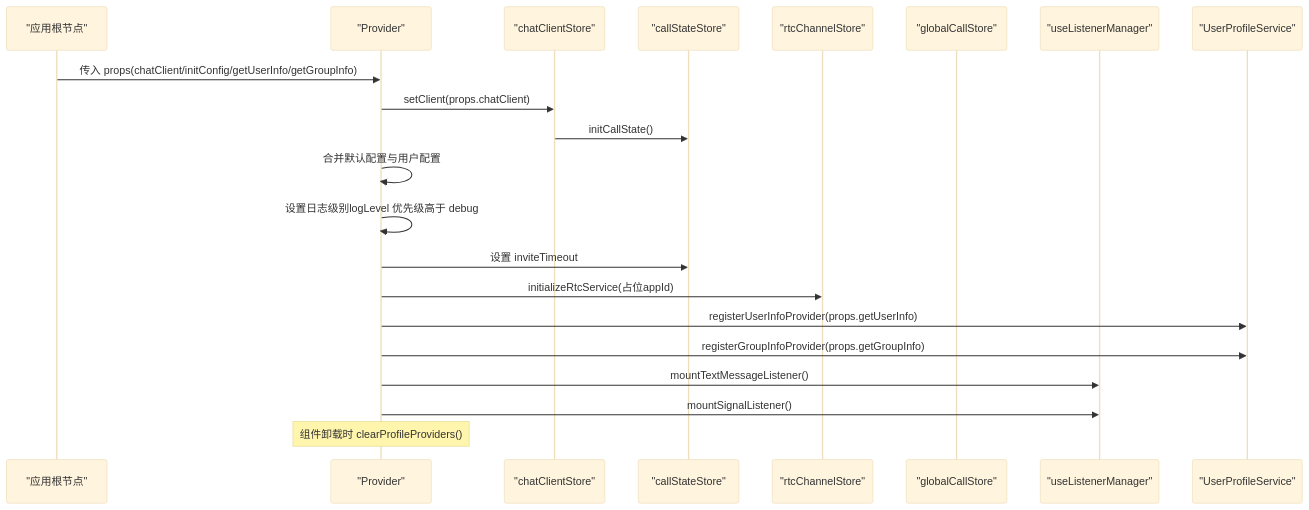
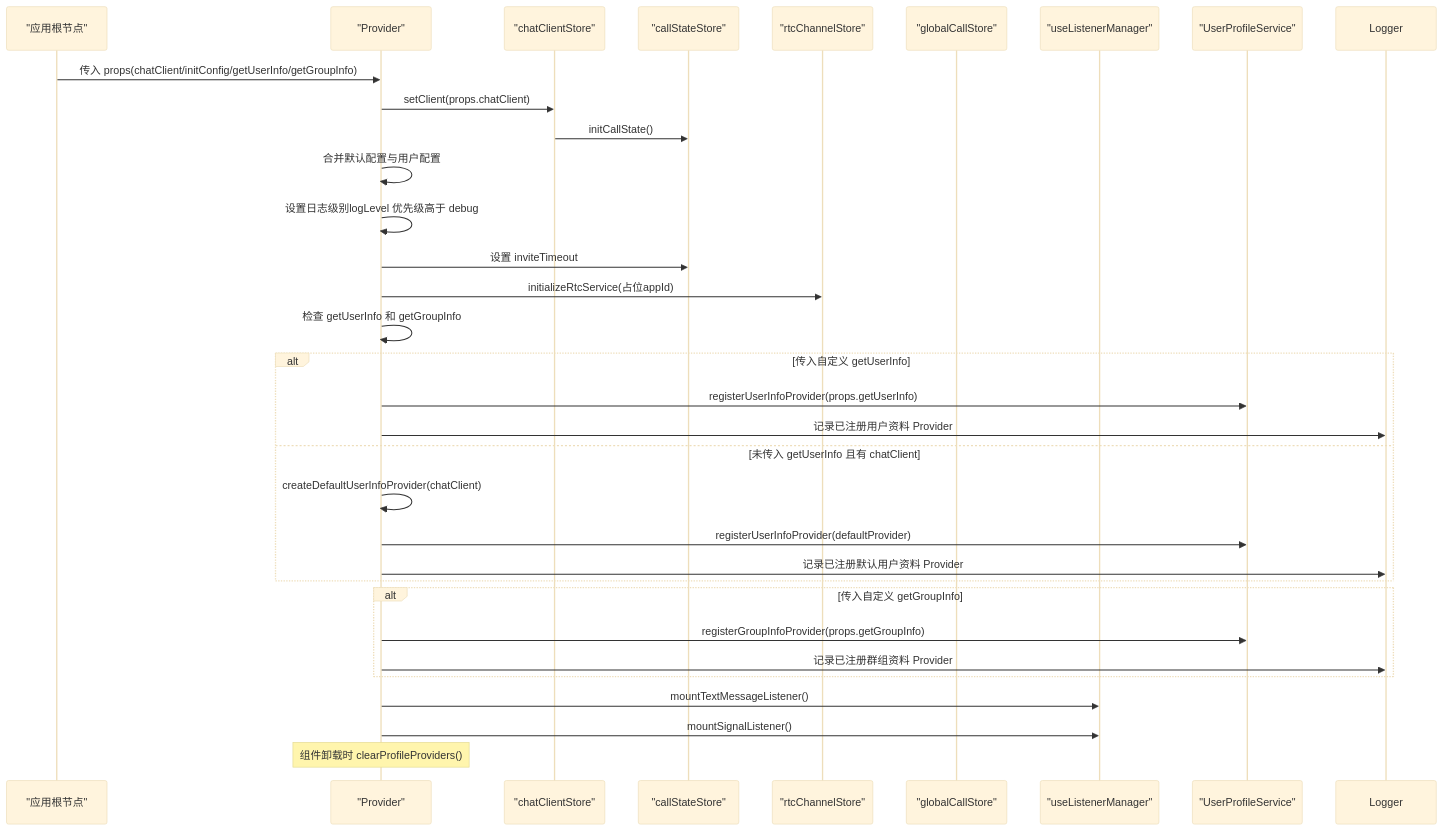
The fourth of 5 diagrams in .qoder/repowiki/zh/content/核心组件/Provider 组件.md (Easemob-Community/easemob-uikit-callkit-vue3), drawn with Mermaid (base theme) before and after one commit. The commit also changed other lines of this file and 12 other files, not shown here.

First line of the commit message:
feat: call / groupCall 支持主动传入 caller userInfo

````diff
--- a/.qoder/repowiki/zh/content/核心组件/Provider 组件.md
+++ b/.qoder/repowiki/zh/content/核心组件/Provider 组件.md
@@ -235,23 +243,34 @@
 ```mermaid
 sequenceDiagram
 participant Root as "应用根节点"
 participant Provider as "Provider"
 participant ChatStore as "chatClientStore"
 participant CallState as "callStateStore"
 participant RtcStore as "rtcChannelStore"
 participant GlobalStore as "globalCallStore"
 participant Listener as "useListenerManager"
 participant UserSvc as "UserProfileService"
 Root->>Provider : 传入 props(chatClient/initConfig/getUserInfo/getGroupInfo)
 Provider->>ChatStore : setClient(props.chatClient)
 ChatStore->>CallState : initCallState()
 Provider->>Provider : 合并默认配置与用户配置
 Provider->>Provider : 设置日志级别logLevel 优先级高于 debug
 Provider->>CallState : 设置 inviteTimeout
 Provider->>RtcStore : initializeRtcService(占位appId)
+Provider->>Provider : 检查 getUserInfo 和 getGroupInfo
+alt 传入自定义 getUserInfo
 Provider->>UserSvc : registerUserInfoProvider(props.getUserInfo)
+Provider->>Logger : 记录已注册用户资料 Provider
+else 未传入 getUserInfo 且有 chatClient
+Provider->>Provider : createDefaultUserInfoProvider(chatClient)
+Provider->>UserSvc : registerUserInfoProvider(defaultProvider)
+Provider->>Logger : 记录已注册默认用户资料 Provider
+end
+alt 传入自定义 getGroupInfo
 Provider->>UserSvc : registerGroupInfoProvider(props.getGroupInfo)
+Provider->>Logger : 记录已注册群组资料 Provider
+end
 Provider->>Listener : mountTextMessageListener()
 Provider->>Listener : mountSignalListener()
 Note over Provider : 组件卸载时 clearProfileProviders()
 ```
````
